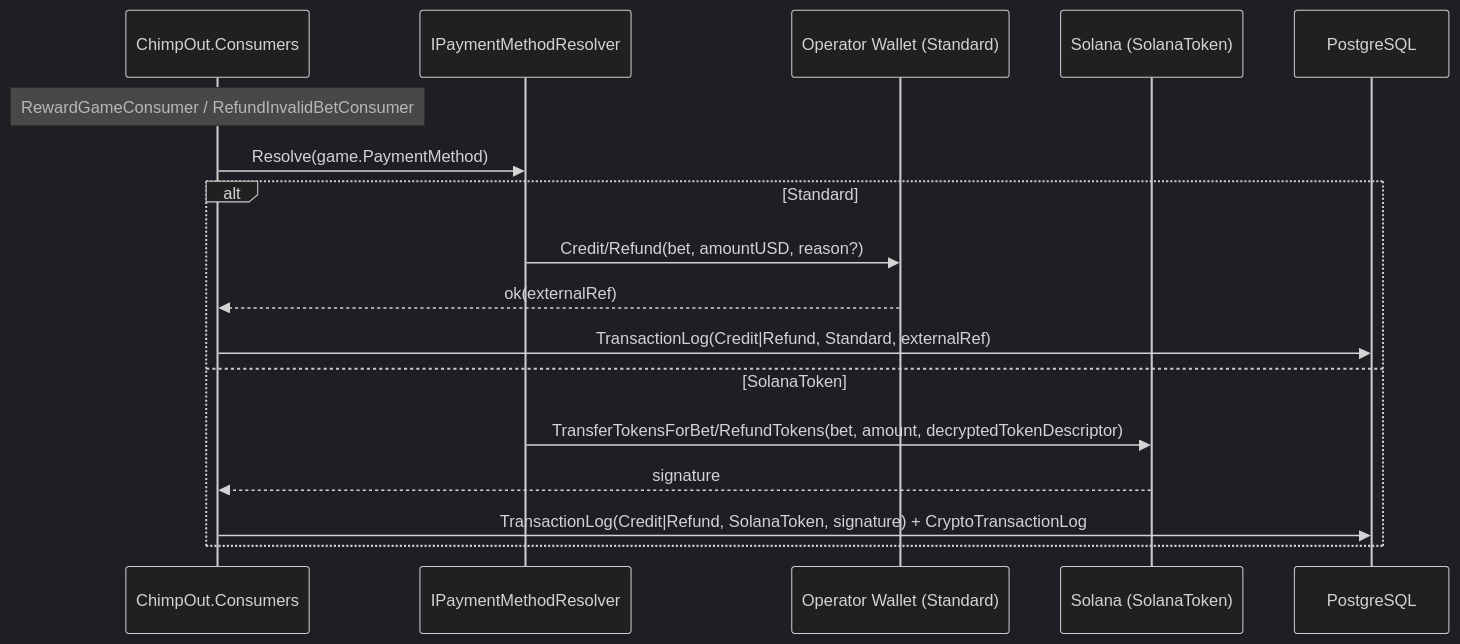
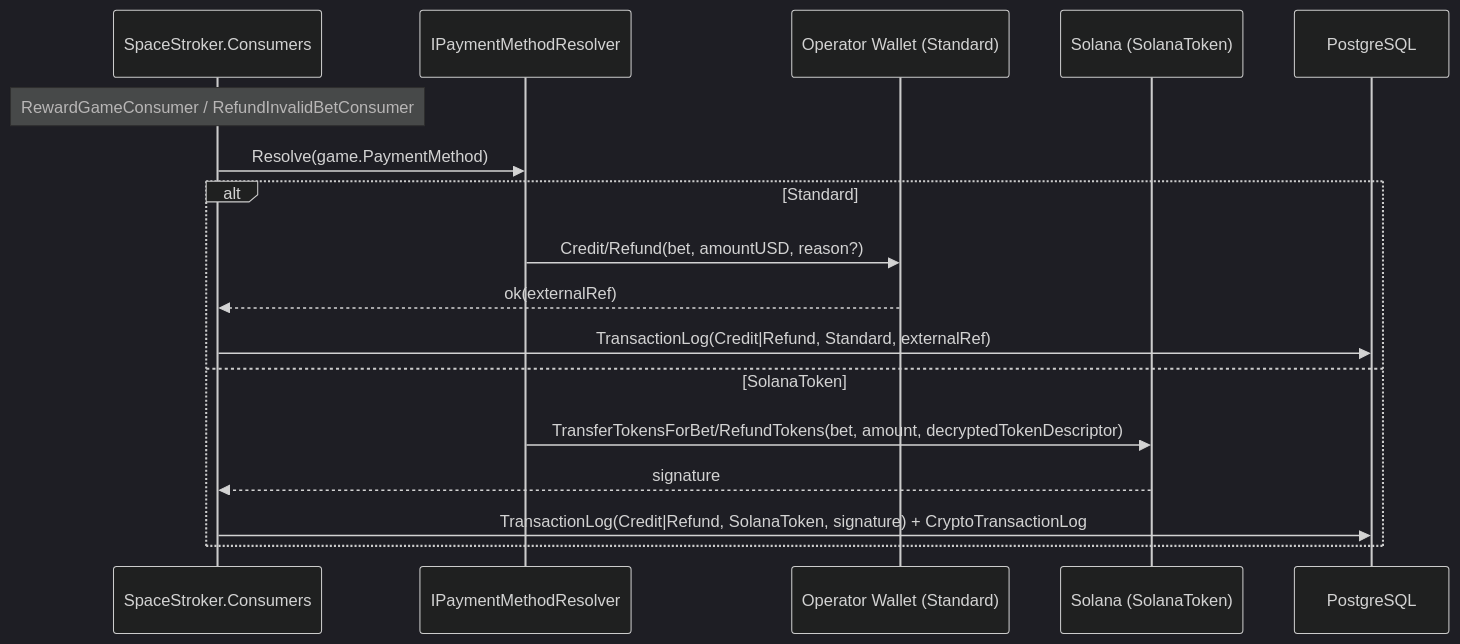
One commit to marcusruas/monkify-meta changed the third of 3 diagrams in specs/payment-methods-refactor.md. Above: the diagram before and after it, drawn with Mermaid (dark theme). The commit also changed other lines of this file and 99 other files, not shown here.

First line of the commit message:
Rename ChimpOut -> SpaceStroker across deploy + KB (#75).

````diff
--- a/specs/payment-methods-refactor.md
+++ b/specs/payment-methods-refactor.md
@@ -591,20 +591,20 @@
 ```mermaid
 sequenceDiagram
-    participant C as ChimpOut.Consumers
+    participant C as SpaceStroker.Consumers
     participant PM as IPaymentMethodResolver
     participant W as Operator Wallet (Standard)
     participant SOL as Solana (SolanaToken)
     participant DB as PostgreSQL
 
     note over C: RewardGameConsumer / RefundInvalidBetConsumer
     C->>PM: Resolve(game.PaymentMethod)
     alt Standard
         PM->>W: Credit/Refund(bet, amountUSD, reason?)
         W-->>C: ok(externalRef)
         C->>DB: TransactionLog(Credit|Refund, Standard, externalRef)
     else SolanaToken
         PM->>SOL: TransferTokensForBet/RefundTokens(bet, amount, decryptedTokenDescriptor)
         SOL-->>C: signature
         C->>DB: TransactionLog(Credit|Refund, SolanaToken, signature) + CryptoTransactionLog
     end
 ```
````
